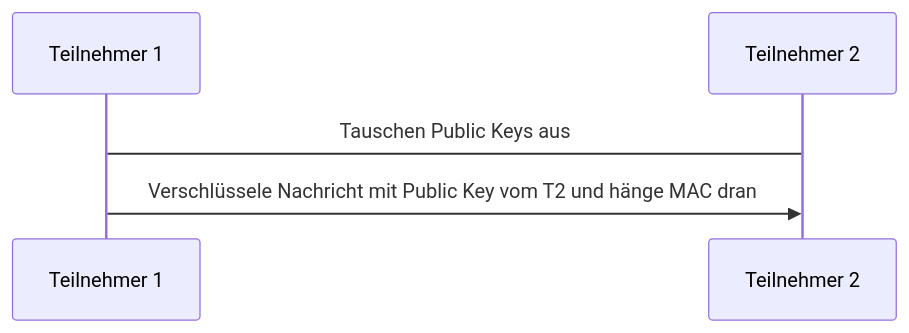
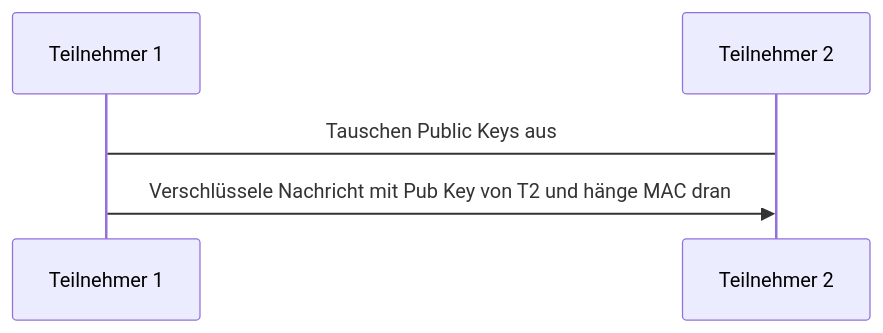
Before and after one commit to DavidHsl/Vorbereitung: the second of 3 diagrams in DOCS/ITS-2/Verschlüsselung.md, drawn with Mermaid. The commit also changed other lines of this file, not shown here.

````diff
--- a/DOCS/ITS-2/Verschlüsselung.md
+++ b/DOCS/ITS-2/Verschlüsselung.md
@@ -22,5 +22,5 @@
 ```mermaid
 sequenceDiagram
 Teilnehmer 1 -> Teilnehmer 2: Tauschen Public Keys aus
-Teilnehmer 1 ->> Teilnehmer 2: Verschlüssele Nachricht mit Public Key vom T2 und hänge MAC dran
+Teilnehmer 1 ->> Teilnehmer 2: Verschlüssele Nachricht mit Pub Key von T2 und hänge MAC dran
 ```
````
